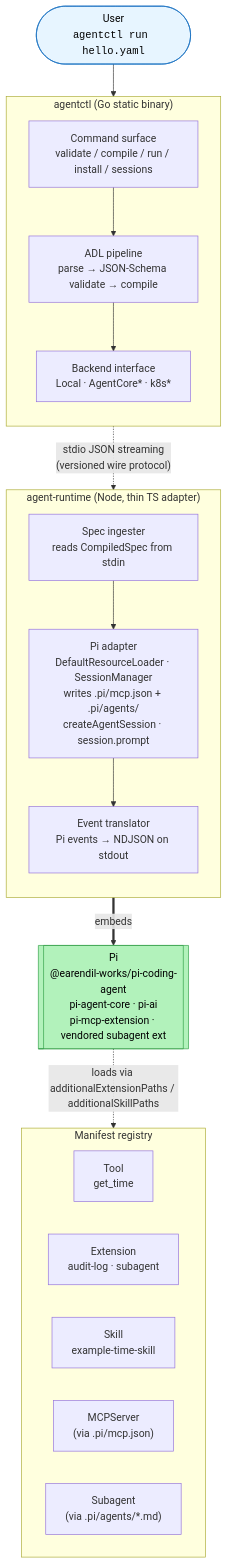
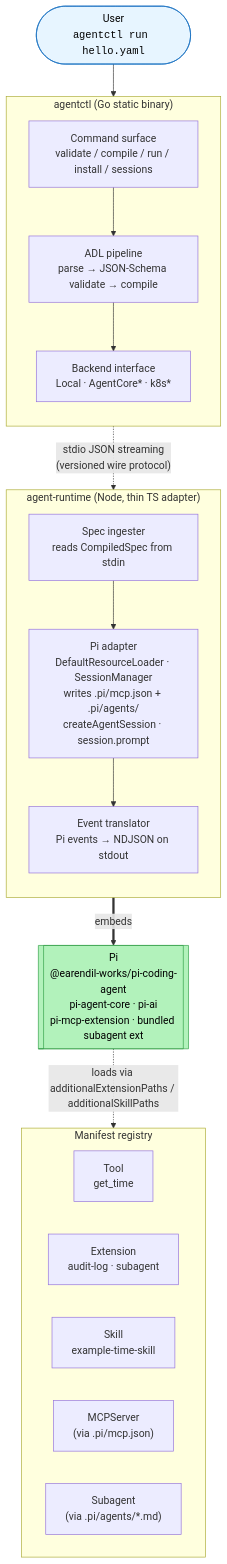
Before and after one commit to CCDevelopForFun/agent-controller: the first of 3 diagrams in docs/architecture/overview.md, drawn with Mermaid. The commit also changed other lines of this file and 11 other files, not shown here.

````diff
--- a/docs/architecture/overview.md
+++ b/docs/architecture/overview.md
@@ -3,40 +3,40 @@
 ```mermaid
 flowchart TB
     user(["User<br/><code>agentctl run hello.yaml</code>"]):::user
 
     subgraph agentctl["agentctl (Go static binary)"]
         direction TB
         cmd["Command surface<br/>validate / compile / run / install / sessions"]
         pipe["ADL pipeline<br/>parse → JSON-Schema validate → compile"]
         be["Backend interface<br/>Local · AgentCore* · k8s*"]
         cmd --> pipe --> be
     end
 
     subgraph runtime["agent-runtime (Node, thin TS adapter)"]
         direction TB
         ingest["Spec ingester<br/>reads CompiledSpec from stdin"]
         adapt["Pi adapter<br/>DefaultResourceLoader · SessionManager<br/>writes .pi/mcp.json + .pi/agents/<br/>createAgentSession · session.prompt"]
         emitter["Event translator<br/>Pi events → NDJSON on stdout"]
         ingest --> adapt --> emitter
     end
 
-    pi[["Pi<br/>@earendil-works/pi-coding-agent<br/>pi-agent-core · pi-ai<br/>pi-mcp-extension · vendored subagent ext"]]:::external
+    pi[["Pi<br/>@earendil-works/pi-coding-agent<br/>pi-agent-core · pi-ai<br/>pi-mcp-extension · bundled subagent ext"]]:::external
 
     subgraph reg["Manifest registry"]
         direction LR
         tool["Tool<br/>get_time"]
         ext["Extension<br/>audit-log · subagent"]
         skill["Skill<br/>example-time-skill"]
         mcp["MCPServer<br/>(via .pi/mcp.json)"]
         sub["Subagent<br/>(via .pi/agents/*.md)"]
     end
 
     user --> agentctl
     be -. "stdio JSON streaming<br/>(versioned wire protocol)" .-> runtime
     adapt == "embeds" ==> pi
     pi -. "loads via additionalExtensionPaths / additionalSkillPaths" .-> reg
 
     classDef user fill:#e7f5ff,stroke:#1971c2,stroke-width:1px,color:#000
     classDef external fill:#b2f2bb,stroke:#2f9e44,stroke-width:1px,color:#000
     classDef future fill:#fff,stroke:#868e96,stroke-dasharray: 4 4,color:#666
 ```
````
